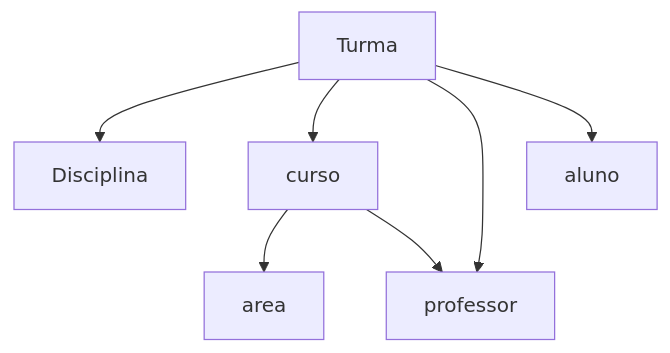
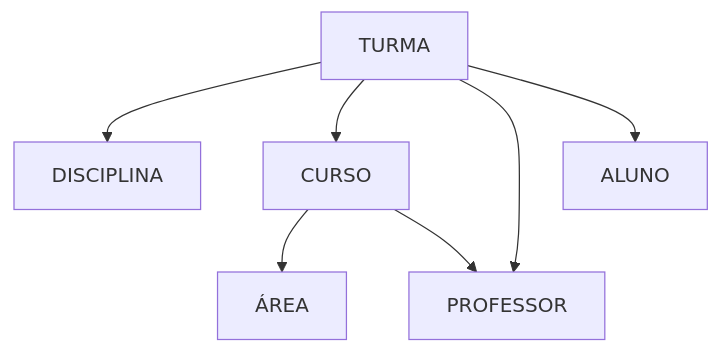
Before and after one commit to ericmds/ProjetoBancoDeDados: the diagram in 00 - Aulas/Aula 06 - (31.03.25).md, drawn with Mermaid. The commit also changed other lines of this file, not shown here.

Commit message:
Update Aula 06 - (31.03.25).md

````diff
--- a/00 - Aulas/Aula 06 - (31.03.25).md
+++ b/00 - Aulas/Aula 06 - (31.03.25).md
@@ -1,10 +1,9 @@
 ```mermaid
 graph TD;
-    Turma--> Disciplina;
-    Turma --> curso;
-    Turma --> professor;
-    Turma --> aluno;
-    curso --> area
-    curso --> professor;
-
+    TURMA--> DISCIPLINA;
+    TURMA --> CURSO;
+    TURMA --> PROFESSOR;
+    TURMA --> ALUNO;
+    CURSO --> ÁREA
+    CURSO --> PROFESSOR;
 ```
````
